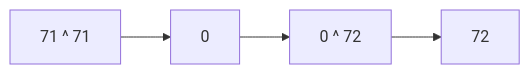
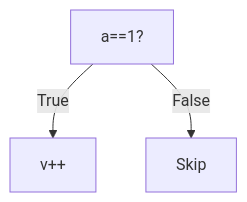
One commit to amnahwaida/OSNK_INF_PREP changed the eighth of 25 diagrams in part-c-pemahaman-cpp/06-bitwise/latihan/set-06.md. Above: the diagram before and after it, drawn with Mermaid. The commit also changed other lines of this file and 71 other files, not shown here.

````diff
--- a/part-c-pemahaman-cpp/06-bitwise/latihan/set-06.md
+++ b/part-c-pemahaman-cpp/06-bitwise/latihan/set-06.md
@@ -162,6 +236,5 @@
 ```mermaid
-graph LR
-    A["71 ^ 71"] --> B[0]
-    B --> C["0 ^ 72"]
-    C --> D["72"]
+graph TD
+A[a==1?] -- True --> B[v++]
+A -- False --> C[Skip]
 ```
````
